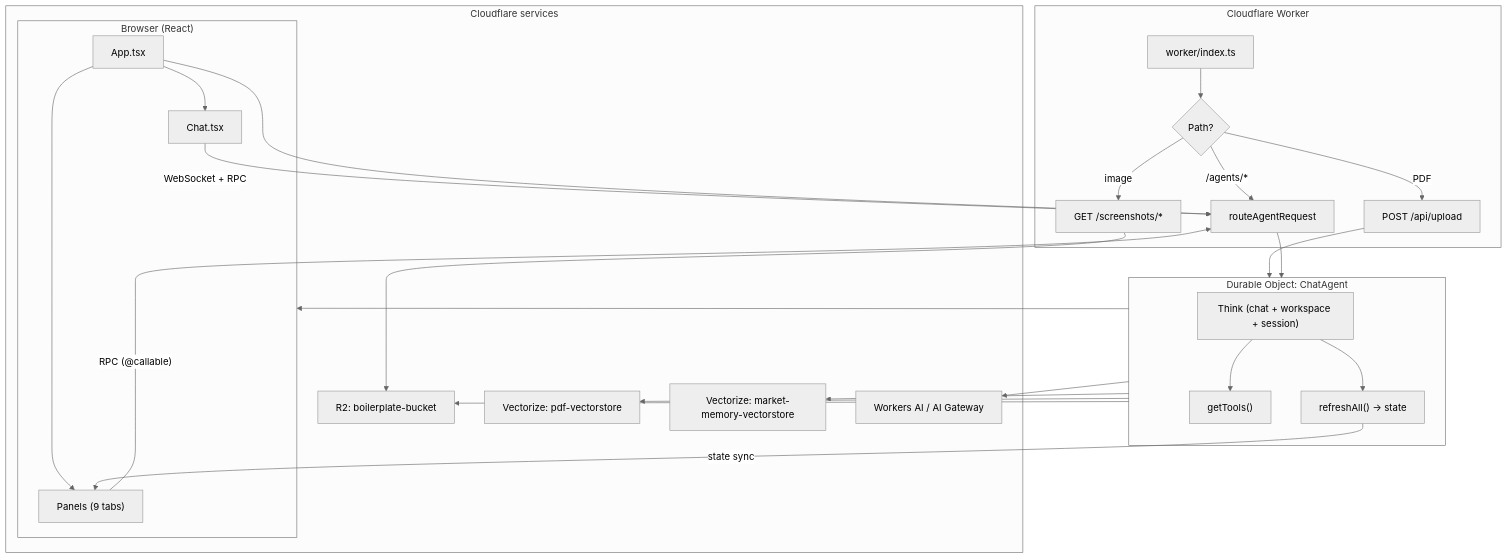
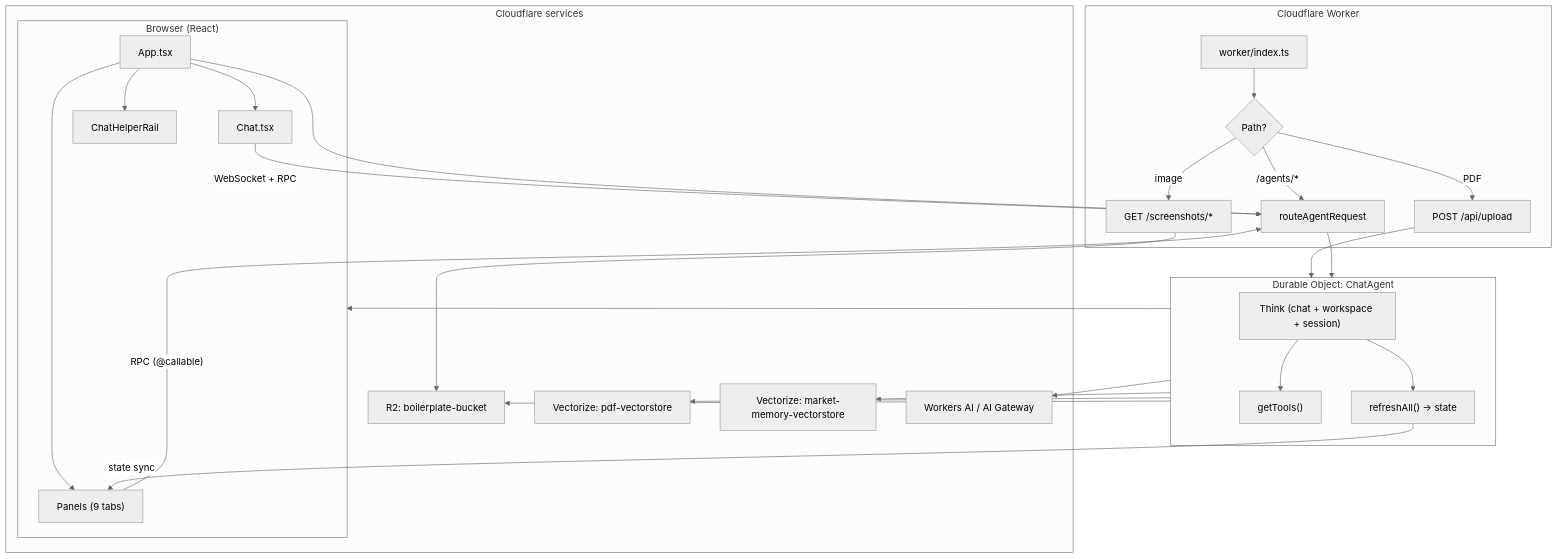
The first of 2 diagrams in docs/ARCHITECTURE.md (Jinu-hub/jinu-agent-nexus), drawn with Mermaid (neutral theme) before and after one commit. The commit also changed other lines of this file and 12 other files, not shown here.

First line of the commit message:
feat(chat): add home left helper rail for Topics and Ask prompts

````diff
--- a/docs/ARCHITECTURE.md
+++ b/docs/ARCHITECTURE.md
@@ -52,50 +48,52 @@
 ```mermaid
 flowchart TB
   subgraph Browser["Browser (React)"]
     App["App.tsx"]
     Chat["Chat.tsx"]
+    Helper["ChatHelperRail"]
     Panels["Panels (9 tabs)"]
     App --> Chat
+    App --> Helper
     App --> Panels
   end
 
   subgraph Worker["Cloudflare Worker"]
     Index["worker/index.ts"]
     Route{"Path?"}
     Upload["POST /api/upload"]
     Screenshots["GET /screenshots/*"]
     AgentRouter["routeAgentRequest"]
   end
 
   subgraph DO["Durable Object: ChatAgent"]
     Think["Think (chat + workspace + session)"]
     Tools["getTools()"]
     Refresh["refreshAll() → state"]
     Think --> Tools
     Think --> Refresh
   end
 
   subgraph External["Cloudflare services"]
     R2["R2: boilerplate-bucket"]
     VDB["Vectorize: pdf-vectorstore"]
     MVDB["Vectorize: market-memory-vectorstore"]
     AI["Workers AI / AI Gateway"]
     Browser["Browser Rendering"]
   end
 
   Chat -->|"WebSocket + RPC"| AgentRouter
   Panels -->|"RPC (@callable)"| AgentRouter
   App --> AgentRouter
 
   Index --> Route
   Route -->|PDF| Upload --> DO
   Route -->|image| Screenshots --> R2
   Route -->|/agents/*| AgentRouter --> DO
 
   DO --> R2
   DO --> VDB
   DO --> MVDB
   DO --> AI
   DO --> Browser
   Refresh -->|"state sync"| Panels
 ```
````
